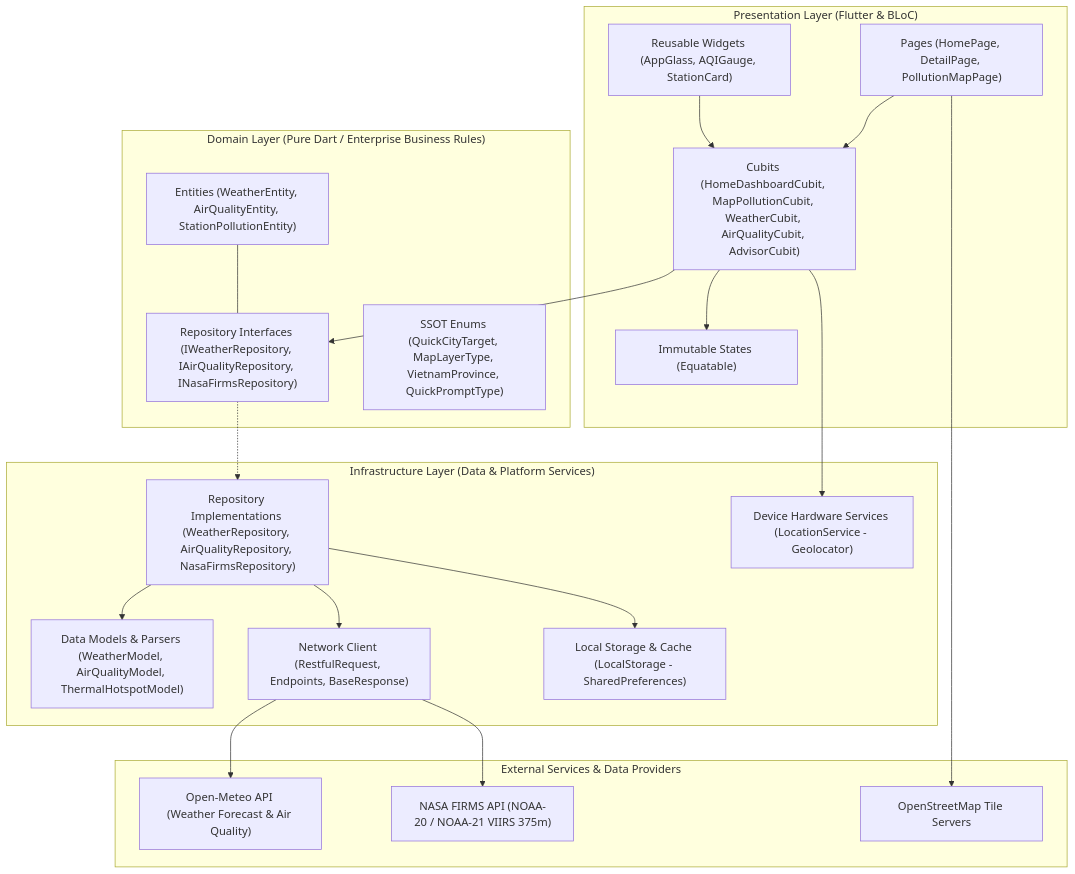
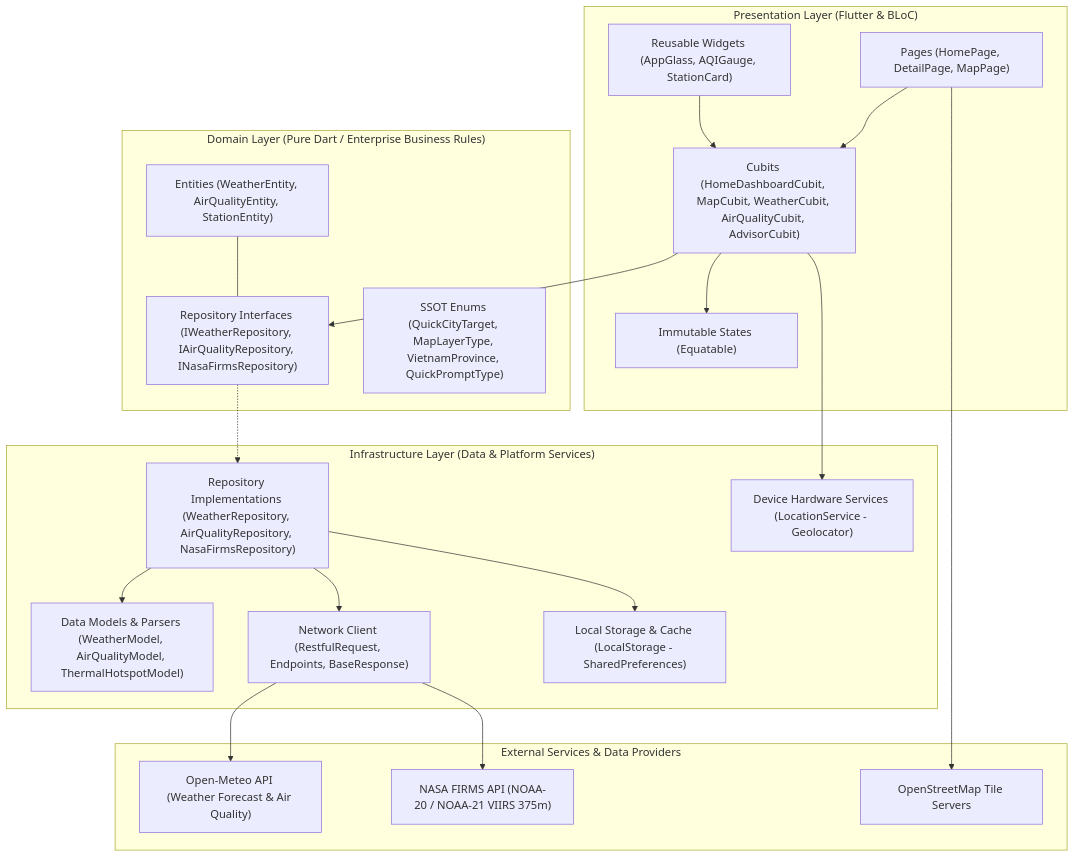
One commit to Lelequyngocquy/EnviVN changed the first of 6 diagrams in README.md. Above: the diagram before and after it, drawn with Mermaid. The commit also changed other lines of this file and 11 other files, not shown here.

````diff
--- a/README.md
+++ b/README.md
@@ -147,44 +147,44 @@
 ```mermaid
 flowchart TD
     subgraph UI ["Presentation Layer (Flutter & BLoC)"]
-        Pages["Pages (HomePage, DetailPage, PollutionMapPage)"]
+        Pages["Pages (HomePage, DetailPage, MapPage)"]
         Widgets["Reusable Widgets (AppGlass, AQIGauge, StationCard)"]
-        Cubits["Cubits (HomeDashboardCubit, MapPollutionCubit, WeatherCubit, AirQualityCubit, AdvisorCubit)"]
+        Cubits["Cubits (HomeDashboardCubit, MapCubit, WeatherCubit, AirQualityCubit, AdvisorCubit)"]
         States["Immutable States (Equatable)"]
     end
 
     subgraph Domain ["Domain Layer (Pure Dart / Enterprise Business Rules)"]
-        Entities["Entities (WeatherEntity, AirQualityEntity, StationPollutionEntity)"]
+        Entities["Entities (WeatherEntity, AirQualityEntity, StationEntity)"]
         Interfaces["Repository Interfaces (IWeatherRepository, IAirQualityRepository, INasaFirmsRepository)"]
         Enums["SSOT Enums (QuickCityTarget, MapLayerType, VietnamProvince, QuickPromptType)"]
     end
 
     subgraph Infra ["Infrastructure Layer (Data & Platform Services)"]
         Repos["Repository Implementations (WeatherRepository, AirQualityRepository, NasaFirmsRepository)"]
         Models["Data Models & Parsers (WeatherModel, AirQualityModel, ThermalHotspotModel)"]
         Network["Network Client (RestfulRequest, Endpoints, BaseResponse)"]
         Local["Local Storage & Cache (LocalStorage - SharedPreferences)"]
         Location["Device Hardware Services (LocationService - Geolocator)"]
     end
 
     subgraph External ["External Services & Data Providers"]
         OpenMeteo["Open-Meteo API (Weather Forecast & Air Quality)"]
         NASA["NASA FIRMS API (NOAA-20 / NOAA-21 VIIRS 375m)"]
         OSM["OpenStreetMap Tile Servers"]
     end
 
     %% Dependency Relationships
     Pages --> Cubits
     Widgets --> Cubits
     Cubits --> States
     Cubits --> Interfaces
     Interfaces -.-> Repos
     Repos --> Models
     Repos --> Network
     Repos --> Local
     Network --> OpenMeteo
     Network --> NASA
     Pages --> OSM
     Cubits --> Location
     Entities --- Interfaces
 ```
````
